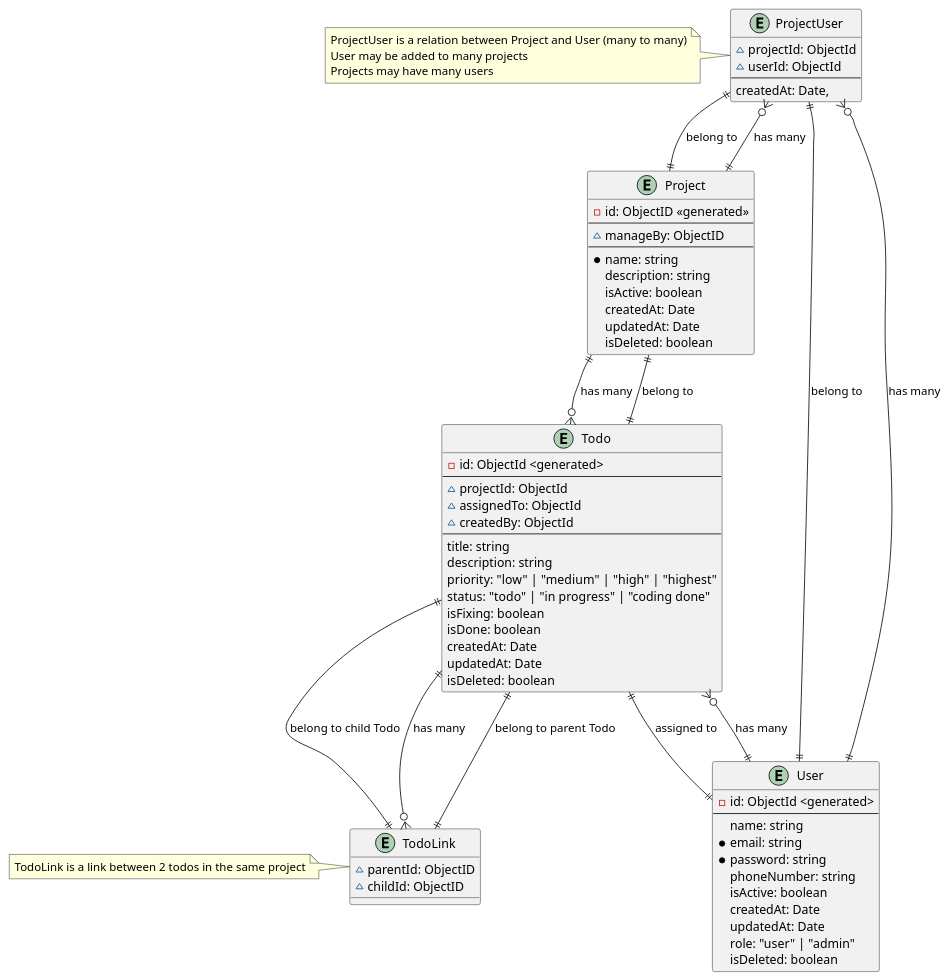
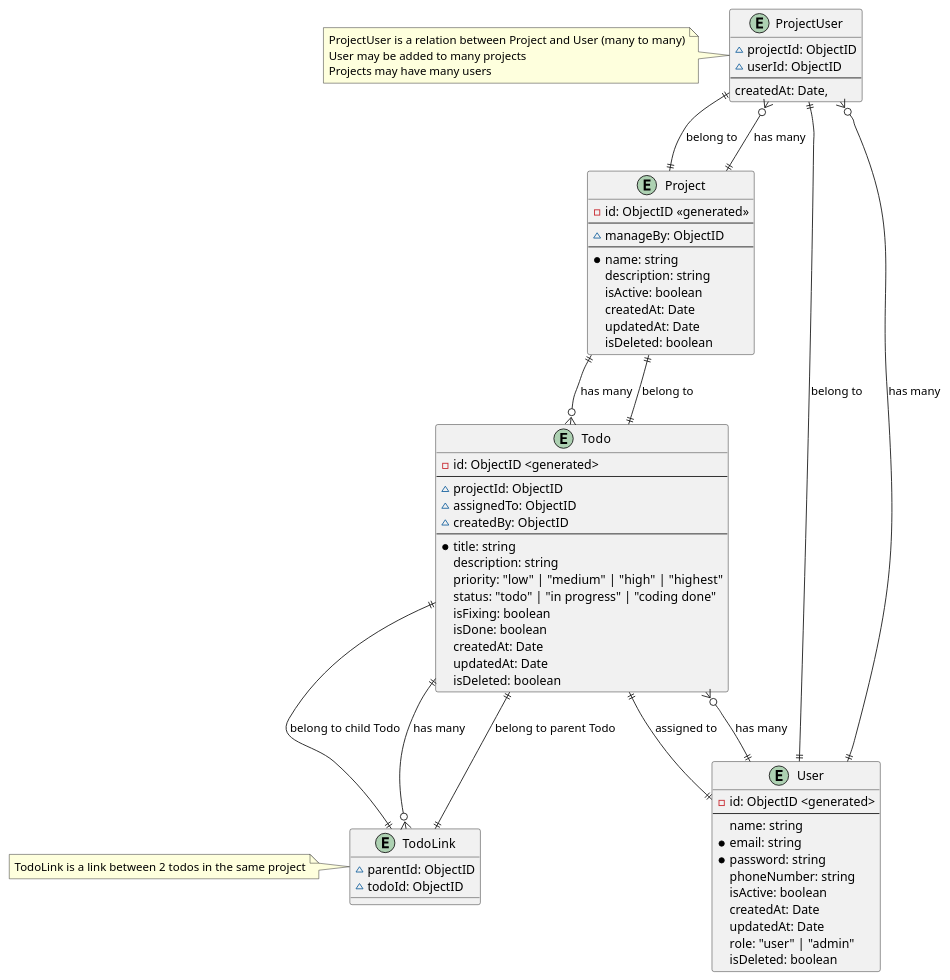
The diagram in lb-4-tutorial/docs/enityRelationship/ERD.detail.puml (taint3110/LB4_Tutorial), drawn with PlantUML before and after one commit. The commit also changed 30 other files, not shown here.

Commit message:
design diagrams for apis, update model

```diff
--- a/lb-4-tutorial/docs/enityRelationship/ERD.detail.puml
+++ b/lb-4-tutorial/docs/enityRelationship/ERD.detail.puml
@@ -1,82 +1,82 @@
 @startuml Todo
 entity Todo {
-  -id: ObjectId <generated>
+  -id: ObjectID <generated>
   --
-  ~projectId: ObjectId
-  ~assignedTo: ObjectId
-  ~createdBy: ObjectId
+  ~projectId: ObjectID
+  ~assignedTo: ObjectID
+  ~createdBy: ObjectID
   --
-  title: string
+  *title: string
   description: string
   priority: "low" |  "medium" | "high" | "highest"
   status: "todo" | "in progress" | "coding done"
   isFixing: boolean
   isDone: boolean
   createdAt: Date
   updatedAt: Date
   isDeleted: boolean
 }
 entity Project {
   -id: ObjectID <<generated>>
   --
   ~manageBy: ObjectID
   --
   *name: string
   description: string
   isActive: boolean
   createdAt: Date
   updatedAt: Date
   isDeleted: boolean
 }
 entity User {
-  -id: ObjectId <generated>
+  -id: ObjectID <generated>
   --
   name: string
   *email: string
   *password: string
   phoneNumber: string
   isActive: boolean
   createdAt: Date
   updatedAt: Date
   role: "user" | "admin"
   isDeleted: boolean
 }
 entity ProjectUser {
-  ~projectId: ObjectId
-  ~userId: ObjectId
+  ~projectId: ObjectID
+  ~userId: ObjectID
   --
   createdAt: Date,
 }
 entity TodoLink {
-  ~parentId: ObjectID
-  ~childId: ObjectID
+  ~parentId: ObjectID 
+  ~todoId: ObjectID
 }
 
 note left of ProjectUser
   ProjectUser is a relation between Project and User (many to many)
   User may be added to many projects
   Projects may have many users
 end note
 
 note left of TodoLink
   TodoLink is a link between 2 todos in the same project
 end note
 
 User||--o{Todo : has many
 User||--o{ProjectUser : has many
 Project||--o{ProjectUser: has many
 Project||--o{Todo : has many
 
 ProjectUser||--||User : belong to
 ProjectUser||--||Project : belong to
 
 Todo||--o{TodoLink : has many
 
 Todo||--||User: assigned to
 ' belong to
 Todo||--||Project: belong to
 TodoLink||--||Todo : belong to parent Todo
 TodoLink||--||Todo : belong to child Todo
 
 
 @enduml
```
